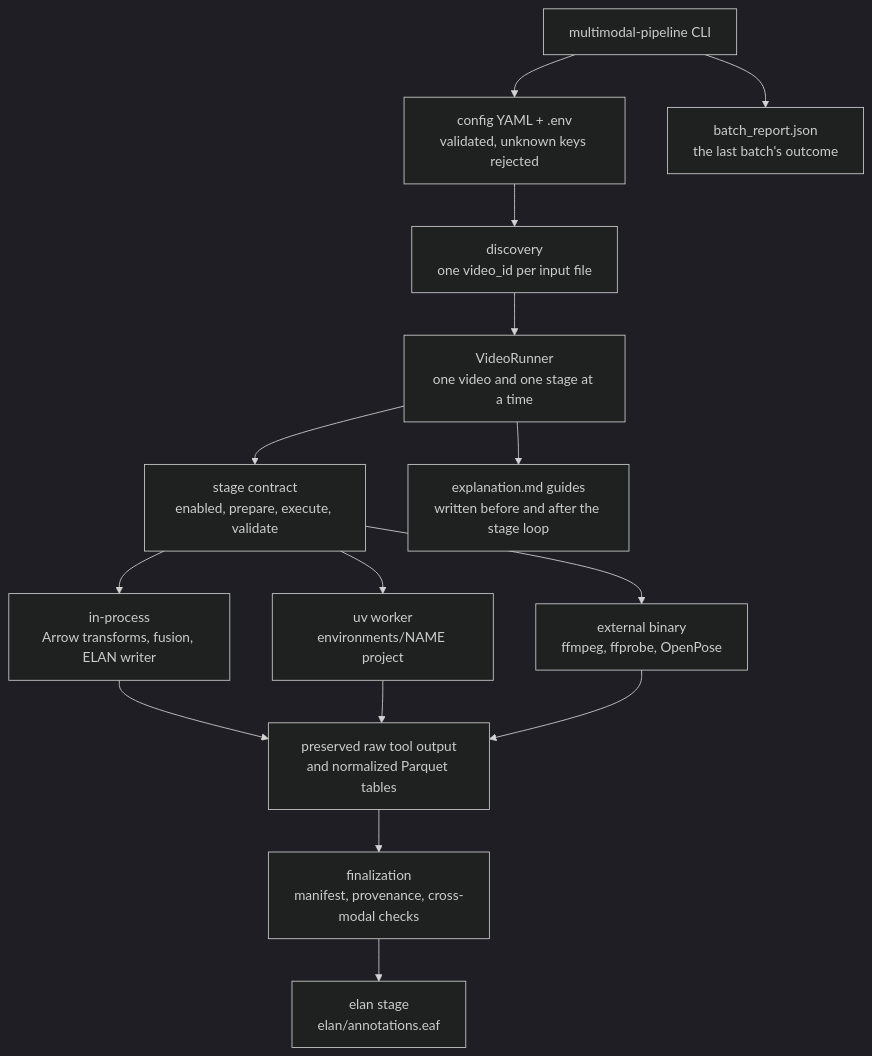
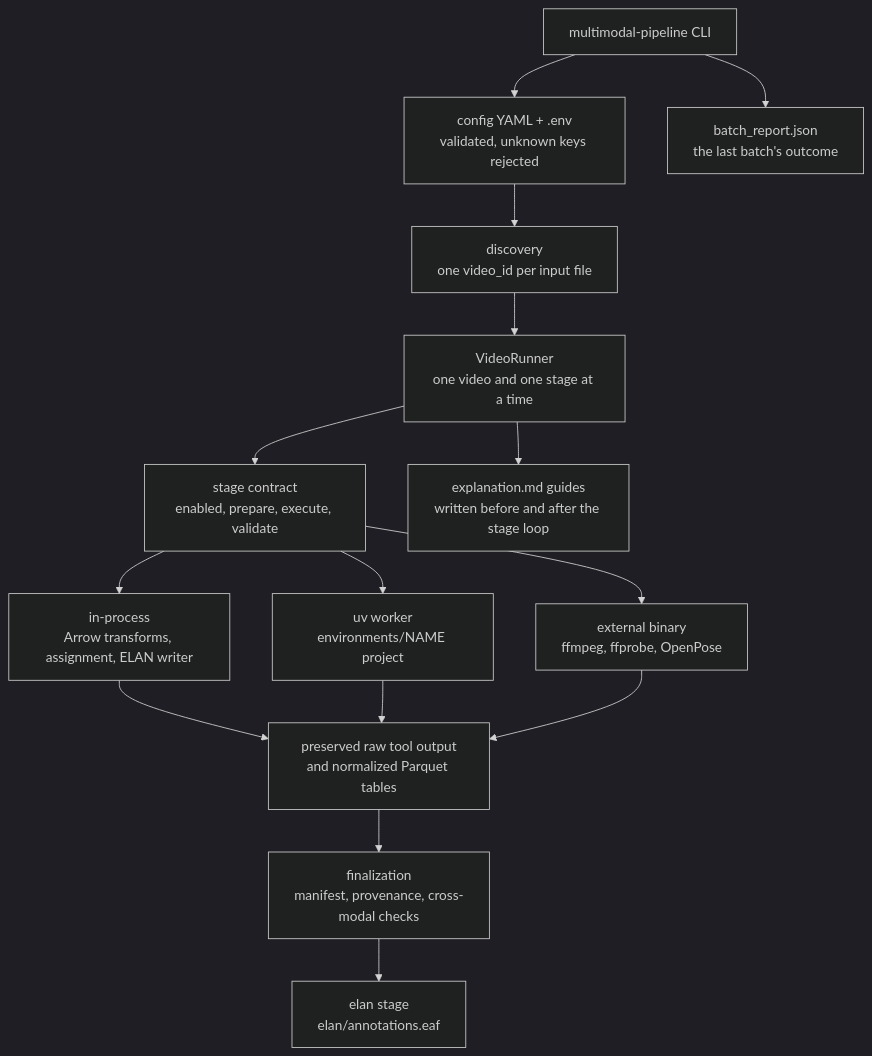
One commit to RaulKite/storytell-pipeline changed the first of 4 diagrams in docs/architecture.md. Above: the diagram before and after it, drawn with Mermaid (dark theme). The commit also changed other lines of this file and 18 other files, not shown here.

````diff
--- a/docs/architecture.md
+++ b/docs/architecture.md
@@ -20,17 +20,17 @@
 ```mermaid
 flowchart TB
     cli["multimodal-pipeline CLI"] --> cfg["config YAML + .env<br/>validated, unknown keys rejected"]
     cfg --> disc["discovery<br/>one video_id per input file"]
     disc --> runner["VideoRunner<br/>one video and one stage at a time"]
     runner --> contract["stage contract<br/>enabled, prepare, execute, validate"]
-    contract --> inproc["in-process<br/>Arrow transforms, fusion, ELAN writer"]
+    contract --> inproc["in-process<br/>Arrow transforms, assignment, ELAN writer"]
     contract --> worker["uv worker<br/>environments/NAME project"]
     contract --> binary["external binary<br/>ffmpeg, ffprobe, OpenPose"]
     inproc --> out["preserved raw tool output<br/>and normalized Parquet tables"]
     worker --> out
     binary --> out
     out --> fin["finalization<br/>manifest, provenance, cross-modal checks"]
     fin --> eaf["elan stage<br/>elan/annotations.eaf"]
     runner --> guides["explanation.md guides<br/>written before and after the stage loop"]
     cli --> report["batch_report.json<br/>the last batch's outcome"]
 ```
````
